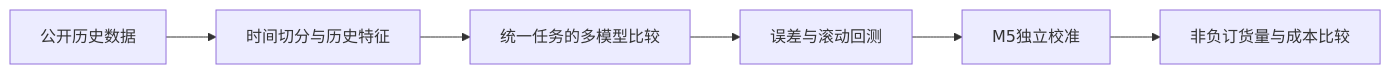
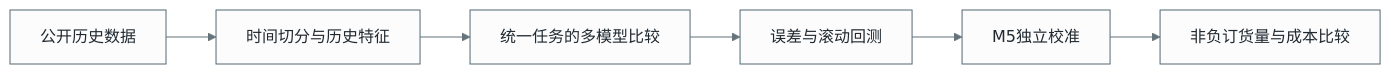
The diagram in README.md (lingtao-meng/lstm-attention-demand-forecasting), drawn with Mermaid before and after one commit. The commit also changed other lines of this file and 31 other files, not shown here.

Commit message:
重绘需求预测与库存图，按训练记录展示损失与调参结果

````diff
--- a/README.md
+++ b/README.md
@@ -46,8 +46,10 @@
 ```mermaid
 flowchart LR
   A[公开历史数据] --> B[时间切分与历史特征]
   B --> C[统一任务的多模型比较]
   C --> D[误差与滚动回测]
   D --> E[M5独立校准]
   E --> F[非负订货量与成本比较]
+    classDef default fill:#fcfcfc,stroke:#536875,color:#202930,stroke-width:1px
+    linkStyle default stroke:#65737a,stroke-width:1.1px
 ```
````
